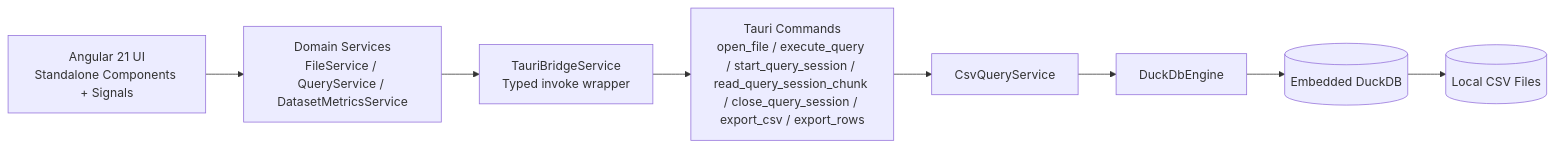
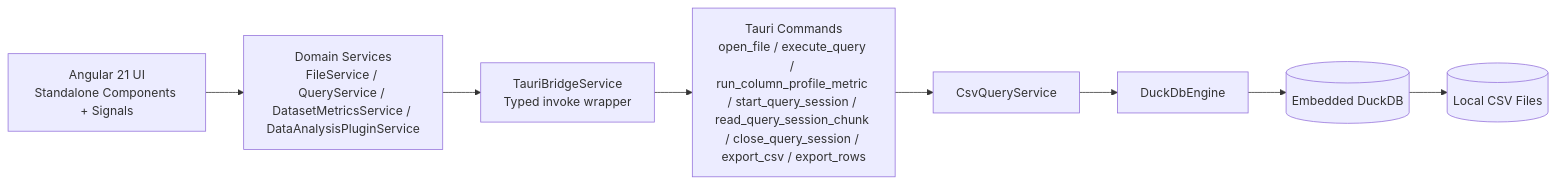
One commit to karoc123/tapir-query changed the diagram in docs/architecture.md. Above: the diagram before and after it, drawn with Mermaid. The commit also changed other lines of this file and 26 other files, not shown here.

Commit message:
feat(data-analysis): implement data analysis dashboard with column profiling metrics

````diff
--- a/docs/architecture.md
+++ b/docs/architecture.md
@@ -15,10 +16,10 @@
 ```mermaid
 flowchart LR
-  UI[Angular 21 UI<br/>Standalone Components + Signals] --> Domain[Domain Services<br/>FileService / QueryService / DatasetMetricsService]
+  UI[Angular 21 UI<br/>Standalone Components + Signals] --> Domain[Domain Services<br/>FileService / QueryService / DatasetMetricsService / DataAnalysisPluginService]
   Domain --> Bridge[TauriBridgeService<br/>Typed invoke wrapper]
-  Bridge --> Cmd[Tauri Commands<br/>open_file / execute_query / start_query_session / read_query_session_chunk / close_query_session / export_csv / export_rows]
+  Bridge --> Cmd[Tauri Commands<br/>open_file / execute_query / run_column_profile_metric / start_query_session / read_query_session_chunk / close_query_session / export_csv / export_rows]
   Cmd --> Svc[CsvQueryService]
   Svc --> Engine[DuckDbEngine]
   Engine --> DuckDB[(Embedded DuckDB)]
   DuckDB --> CSV[(Local CSV Files)]
 ```
````
